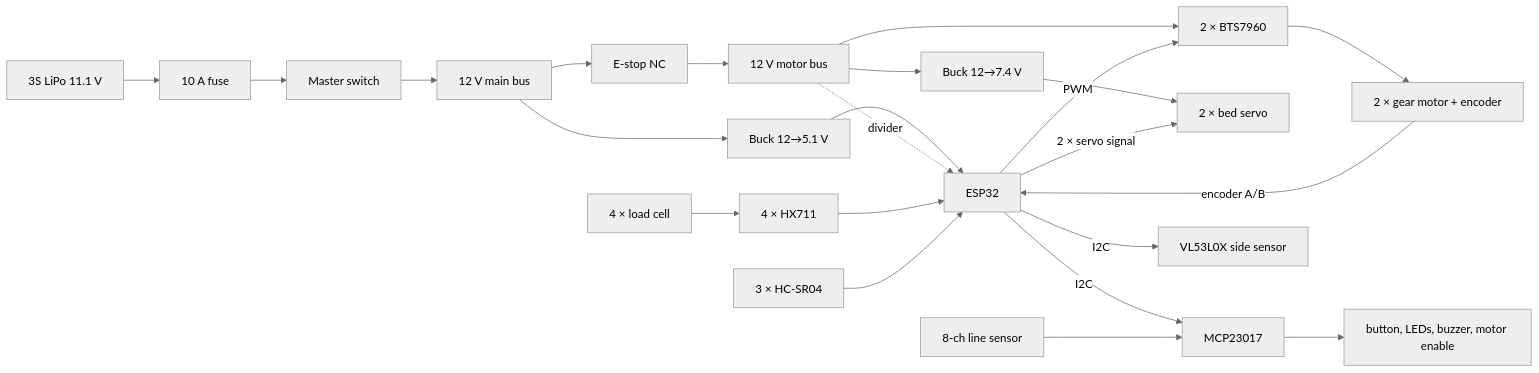
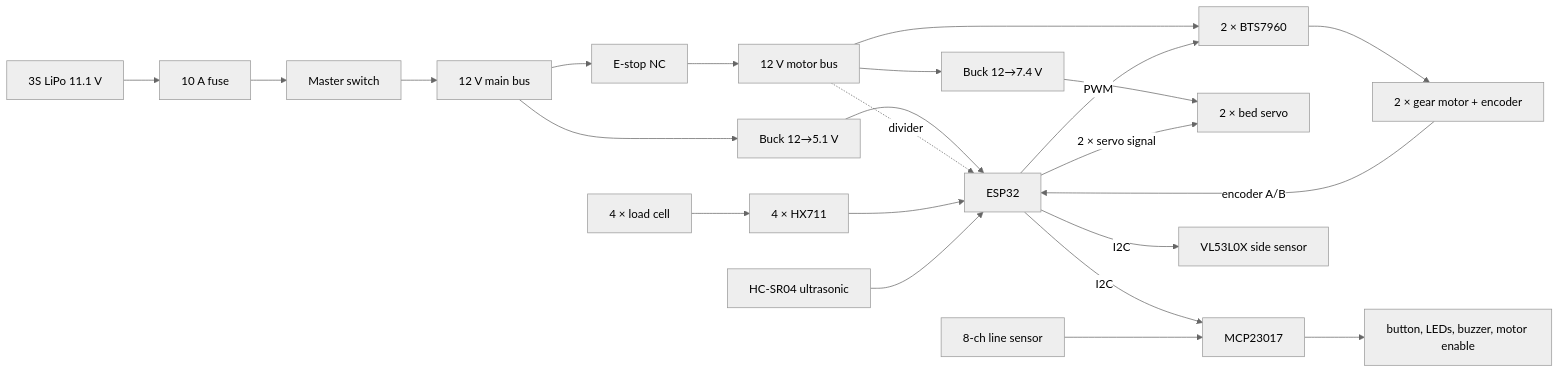
Before and after one commit to ahmedoab/cargo_robot: the first of 3 diagrams in BUILD_GUIDE.md, drawn with Mermaid (neutral theme). The commit also changed other lines of this file and 63 other files, not shown here.

````diff
--- a/BUILD_GUIDE.md
+++ b/BUILD_GUIDE.md
@@ -103,17 +103,17 @@
 ```mermaid
 flowchart LR
   BAT[3S LiPo 11.1 V] --> FUSE[10 A fuse] --> SW[Master switch] --> BUS12[12 V main bus]
   BUS12 --> BUCK[Buck 12→5.1 V] --> ESP[ESP32]
   BUS12 --> ESTOP[E-stop NC] --> MBUS[12 V motor bus] --> DRV[2 × BTS7960] --> MOT[2 × gear motor + encoder]
   MBUS --> SBUCK[Buck 12→7.4 V] --> SERVO[2 × bed servo]
   MBUS -. divider .-> ESP
   ESP -- PWM --> DRV
   ESP -- 2 × servo signal --> SERVO
   MOT -- encoder A/B --> ESP
   CELLS[4 × load cell] --> HX[4 × HX711] --> ESP
-  SONAR[3 × HC-SR04] --> ESP
+  SONAR[HC-SR04 ultrasonic] --> ESP
   ESP -- I2C --> MCP[MCP23017]
   LINE[8-ch line sensor] --> MCP
   MCP --> PANEL[button, LEDs, buzzer, motor enable]
   ESP -- I2C --> TOF[VL53L0X side sensor]
 ```
````
